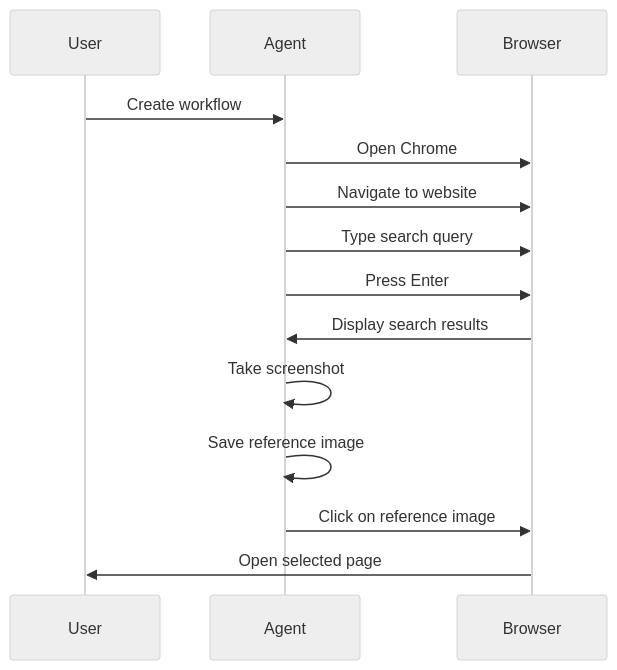
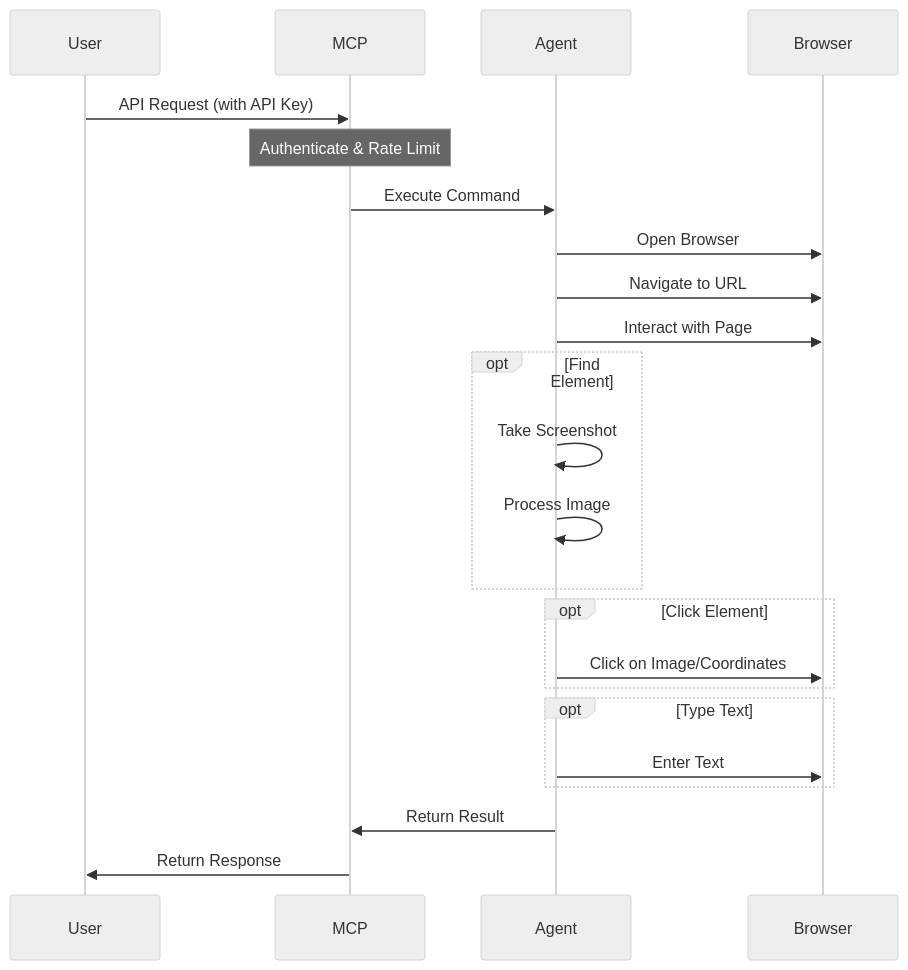
The second of 3 diagrams in README.md (SpencerBrown1717/lvl3.ai_computer_use_try1), drawn with Mermaid (neutral theme) before and after one commit. The commit also changed other lines of this file and 15 other files, not shown here.

````diff
--- a/README.md
+++ b/README.md
@@ -127,17 +131,30 @@
 ```mermaid
 sequenceDiagram
     participant User
+    participant MCP
     participant Agent
     participant Browser
     
-    User->>Agent: Create workflow
-    Agent->>Browser: Open Chrome
-    Agent->>Browser: Navigate to website
-    Agent->>Browser: Type search query
-    Agent->>Browser: Press Enter
-    Browser->>Agent: Display search results
-    Agent->>Agent: Take screenshot
-    Agent->>Agent: Save reference image
-    Agent->>Browser: Click on reference image
-    Browser->>User: Open selected page
+    User->>MCP: API Request (with API Key)
+    Note over MCP: Authenticate & Rate Limit
+    MCP->>Agent: Execute Command
+    Agent->>Browser: Open Browser
+    Agent->>Browser: Navigate to URL
+    Agent->>Browser: Interact with Page
+    
+    opt Find Element
+        Agent->>Agent: Take Screenshot
+        Agent->>Agent: Process Image
+    end
+    
+    opt Click Element
+        Agent->>Browser: Click on Image/Coordinates
+    end
+    
+    opt Type Text
+        Agent->>Browser: Enter Text
+    end
+    
+    Agent->>MCP: Return Result
+    MCP->>User: Return Response
 ```
````
